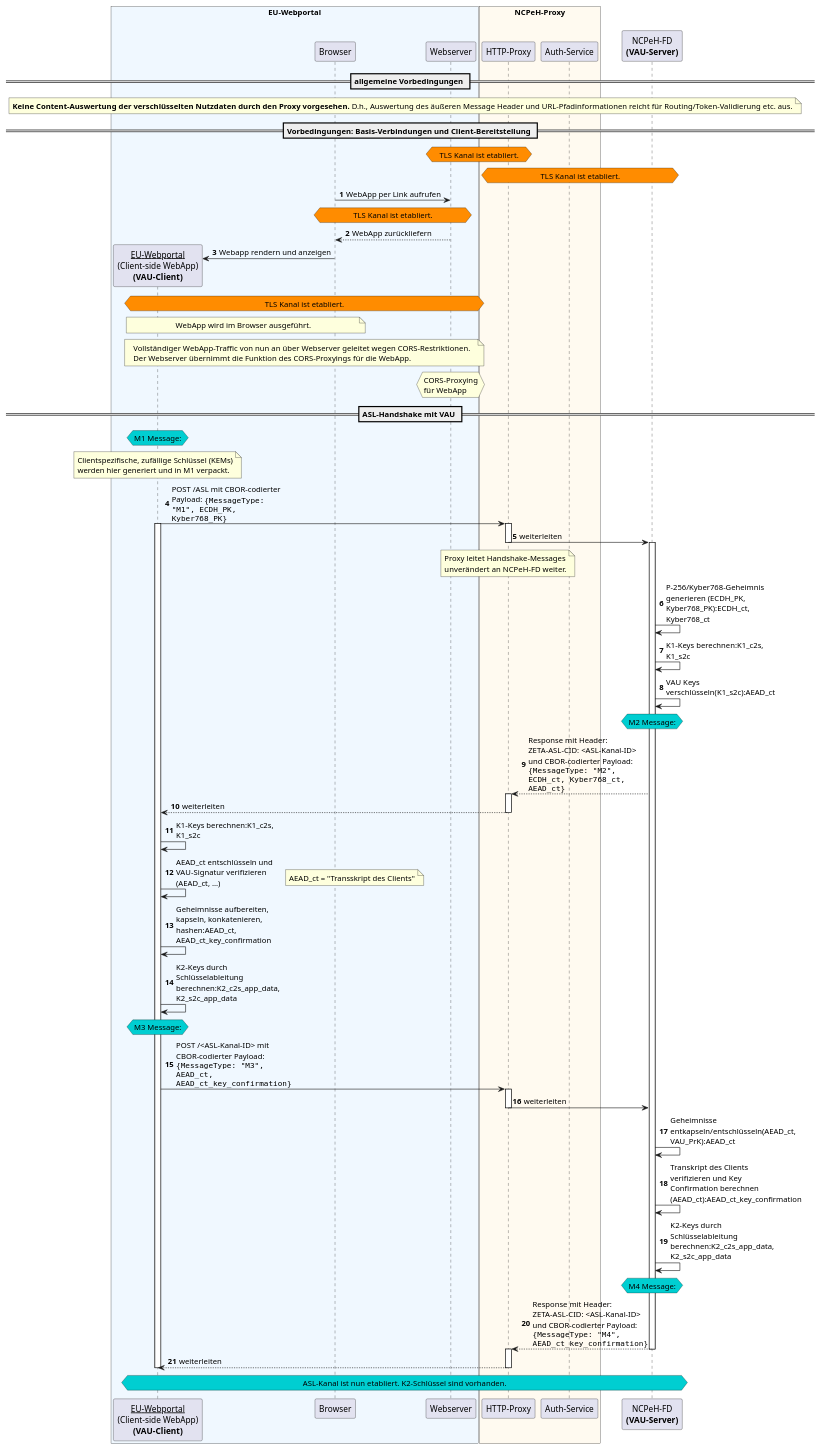
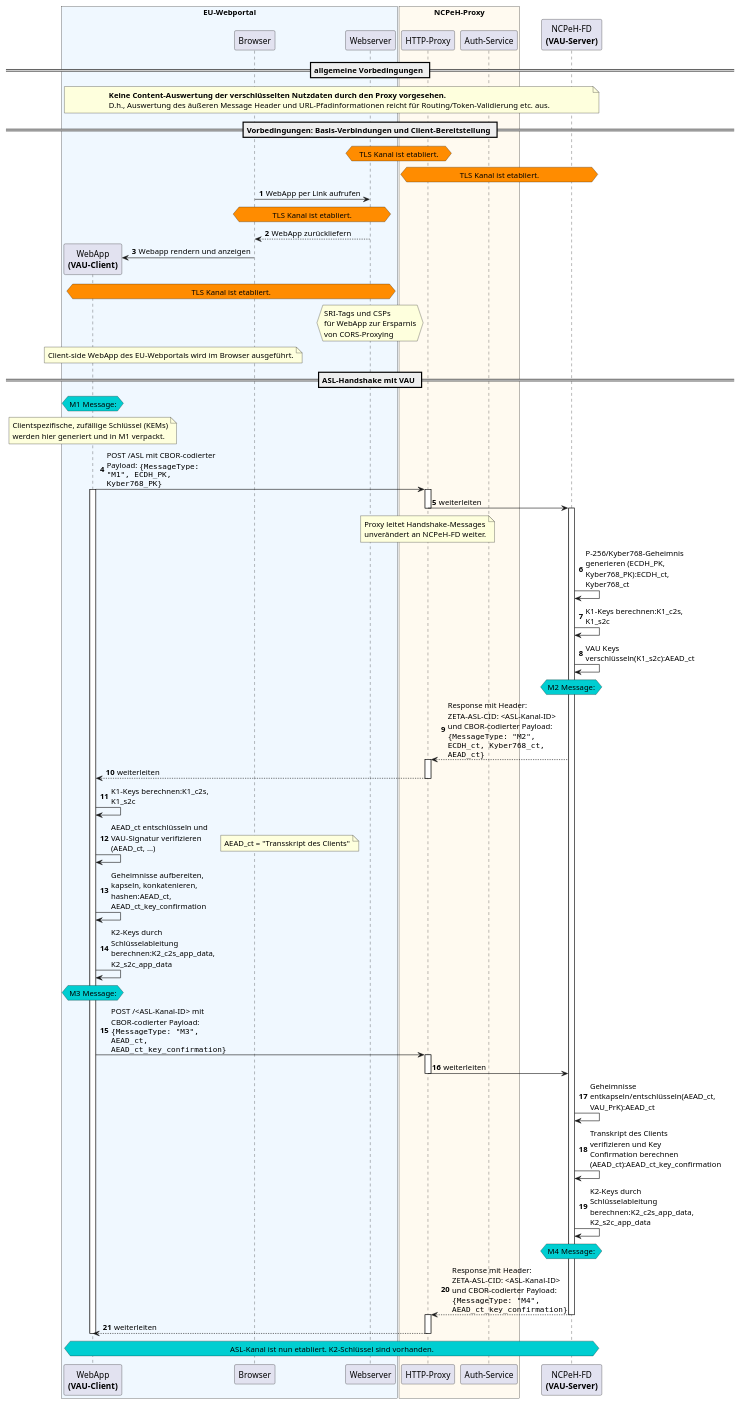
The diagram in src/images/eped-b/auth/aslkanal-dpop.puml (gematik/api-ncpeh), drawn with PlantUML before and after one commit. The commit also changed 1 other file, not shown here.

Commit message:
Update aslkanal-dpop.svg and aslkanal-dpop.puml: naming and CORS restrictions

```diff
--- a/src/images/eped-b/auth/aslkanal-dpop.puml
+++ b/src/images/eped-b/auth/aslkanal-dpop.puml
@@ -1,130 +1,126 @@
 @startuml
 !pragma PLS 8192
 
 autonumber
 skinparam maxMessageSize 200
 
 box "EU-Webportal" #AliceBlue
-  participant "__EU-Webportal__\n(Client-side WebApp)\n**(VAU-Client)**" as WebApp
+  participant "WebApp\n**(VAU-Client)**" as WebApp
   participant "Browser" as Browser
   participant "Webserver" as Webserver
 end box
 'participant "gematik\nAuthenticator" as AuthApp
 'participant "Konnektor" as Konnektor
 'participant "IDP-Dienst" as IDP
 box "NCPeH-Proxy" #FloralWhite
     participant "HTTP-Proxy" as Proxy
     participant "Auth-Service" as AuthService
 end box
 participant "NCPeH-FD\n**(VAU-Server)**" as NCPeH
 
 == allgemeine Vorbedingungen ==
 note over WebApp, NCPeH
-  **Keine Content-Auswertung der verschlüsselten Nutzdaten durch den Proxy vorgesehen.** D.h., Auswertung des äußeren Message Header und URL-Pfadinformationen reicht für Routing/Token-Validierung etc. aus.
+  **Keine Content-Auswertung der verschlüsselten Nutzdaten durch den Proxy vorgesehen.**
+  D.h., Auswertung des äußeren Message Header und URL-Pfadinformationen reicht für Routing/Token-Validierung etc. aus.
 end note
 
 == Vorbedingungen: Basis-Verbindungen und Client-Bereitstellung ==
 
 hnote over Webserver, Proxy #Darkorange
   TLS Kanal ist etabliert.
 end note
 hnote over Proxy, NCPeH #Darkorange
   TLS Kanal ist etabliert.
 end note
 
 Browser -> Webserver: WebApp per Link aufrufen
 hnote over Browser, Webserver #Darkorange
   TLS Kanal ist etabliert.
 end note
 Webserver --> Browser: WebApp zurückliefern
 create WebApp
 Browser -> WebApp: Webapp rendern und anzeigen
 hnote over WebApp, Webserver #Darkorange
   TLS Kanal ist etabliert.
 end note
 
-note over WebApp, Browser
-  WebApp wird im Browser ausgeführt.
+hnote over Webserver
+  SRI-Tags und CSPs
+  für WebApp zur Ersparnis
+  von CORS-Proxying
 end note
 
-note over WebApp, Webserver
-  Vollständiger WebApp-Traffic von nun an über Webserver geleitet wegen CORS-Restriktionen.
-  Der Webserver übernimmt die Funktion des CORS-Proxyings für die WebApp.
+note over WebApp, Browser
+  Client-side WebApp des EU-Webportals wird im Browser ausgeführt.
 end note
-
-hnote over Webserver
-  CORS-Proxying
-  für WebApp
-end note
-
 
 == ASL-Handshake mit VAU ==
 
 hnote over WebApp #DarkTurquoise
   M1 Message:
 end note
 note over WebApp
   Clientspezifische, zufällige Schlüssel (KEMs)
   werden hier generiert und in M1 verpackt.
 end note
 WebApp -> Proxy: POST /ASL mit CBOR-codierter Payload: ""{MessageType: "M1", ECDH_PK, Kyber768_PK}""
 activate WebApp
 activate Proxy
 Proxy -> NCPeH: weiterleiten
 deactivate Proxy
 note over Proxy
   Proxy leitet Handshake-Messages
   unverändert an NCPeH-FD weiter.
 end note
 activate NCPeH
 NCPeH -> NCPeH: P-256/Kyber768-Geheimnis generieren (ECDH_PK, Kyber768_PK):ECDH_ct, Kyber768_ct
 NCPeH -> NCPeH: K1-Keys berechnen:K1_c2s, K1_s2c
 NCPeH -> NCPeH: VAU Keys verschlüsseln(K1_s2c):AEAD_ct
 
 hnote over NCPeH #DarkTurquoise
   M2 Message:
 end note
 
 NCPeH --> Proxy: Response mit Header: ZETA-ASL-CID: <ASL-Kanal-ID> und CBOR-codierter Payload: ""{MessageType: "M2", ECDH_ct, Kyber768_ct, AEAD_ct}""
 activate Proxy
 Proxy --> WebApp: weiterleiten
 deactivate Proxy
 
 WebApp -> WebApp: K1-Keys berechnen:K1_c2s, K1_s2c
 WebApp -> WebApp: AEAD_ct entschlüsseln und VAU-Signatur verifizieren (AEAD_ct, ...)
 note right
   AEAD_ct = "Transskript des Clients"
 end note
 WebApp -> WebApp: Geheimnisse aufbereiten, kapseln, konkatenieren, hashen:AEAD_ct, AEAD_ct_key_confirmation
 WebApp -> WebApp: K2-Keys durch Schlüsselableitung berechnen:K2_c2s_app_data, K2_s2c_app_data
 
 hnote over WebApp #DarkTurquoise
   M3 Message:
 end note
 
 WebApp -> Proxy: POST /<ASL-Kanal-ID> mit CBOR-codierter Payload: ""{MessageType: "M3", AEAD_ct, AEAD_ct_key_confirmation}""
 
 activate Proxy
 Proxy -> NCPeH: weiterleiten
 deactivate Proxy
 NCPeH -> NCPeH: Geheimnisse entkapseln/entschlüsseln(AEAD_ct, VAU_PrK):AEAD_ct
 NCPeH -> NCPeH: Transkript des Clients verifizieren und Key Confirmation berechnen (AEAD_ct):AEAD_ct_key_confirmation
 NCPeH -> NCPeH: K2-Keys durch Schlüsselableitung berechnen:K2_c2s_app_data, K2_s2c_app_data
 
 
 hnote over NCPeH #DarkTurquoise
   M4 Message:
 end note
 
 NCPeH --> Proxy: Response mit Header: ZETA-ASL-CID: <ASL-Kanal-ID> und CBOR-codierter Payload: ""{MessageType: "M4", AEAD_ct_key_confirmation}""
 deactivate NCPeH
 activate Proxy
 Proxy --> WebApp: weiterleiten
 deactivate Proxy
 deactivate WebApp
 
 hnote over WebApp, NCPeH #DarkTurquoise
   ASL-Kanal ist nun etabliert. K2-Schlüssel sind vorhanden.
 end note
 
 @enduml
```
